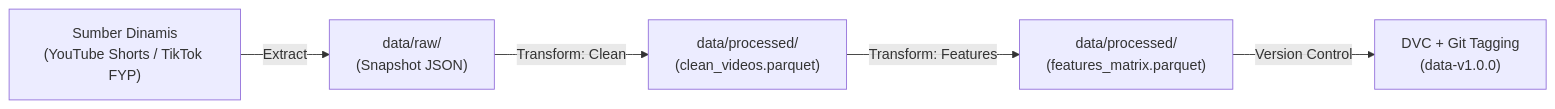
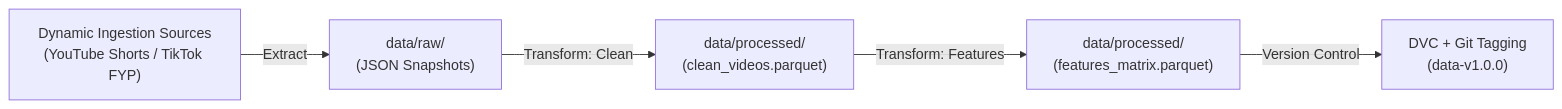
The diagram in README.md (galihpraditya/MLOps-ViralSense), drawn with Mermaid before and after one commit. The commit also changed other lines of this file and 1 other file, not shown here.

Commit message:
docs: finalize documentation and pipeline architecture specs

````diff
--- a/README.md
+++ b/README.md
@@ -11,7 +27,7 @@
 ```mermaid
 flowchart LR
-    A["Sumber Dinamis<br/>(YouTube Shorts / TikTok FYP)"] -->|Extract| B["data/raw/<br/>(Snapshot JSON)"]
+    A["Dynamic Ingestion Sources<br/>(YouTube Shorts / TikTok FYP)"] -->|Extract| B["data/raw/<br/>(JSON Snapshots)"]
     B -->|Transform: Clean| C["data/processed/<br/>(clean_videos.parquet)"]
     C -->|Transform: Features| D["data/processed/<br/>(features_matrix.parquet)"]
     D -->|Version Control| E["DVC + Git Tagging<br/>(data-v1.0.0)"]
 ```
````
